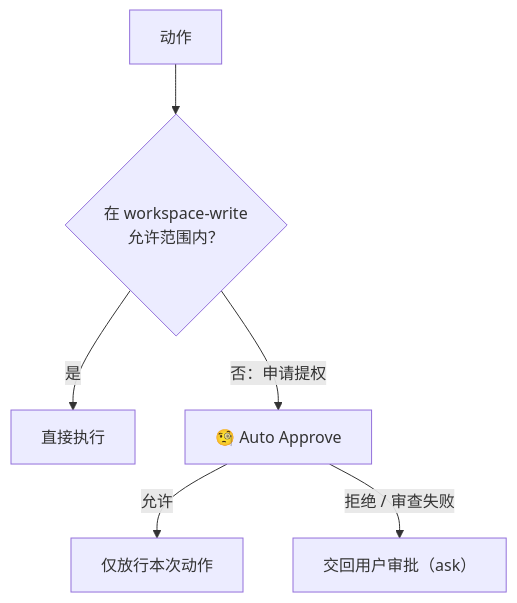
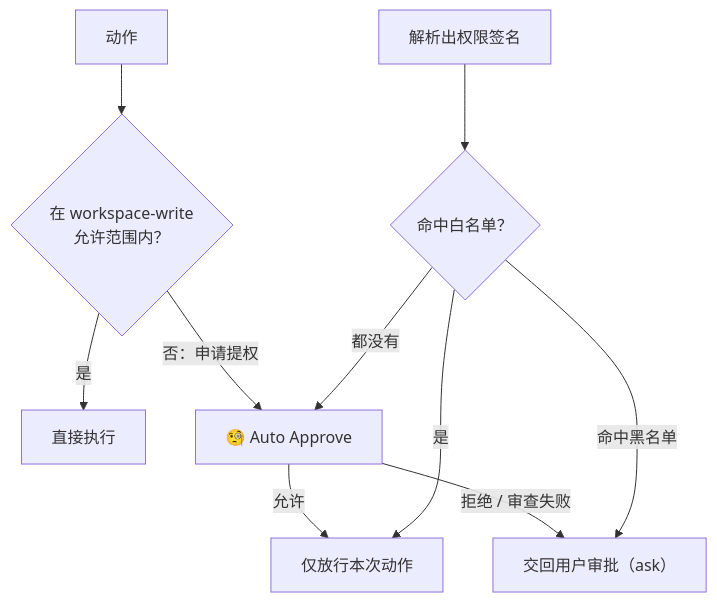
One commit to sujingkpo/dsh-auto-pass changed the diagram in README.zh.md. Above: the diagram before and after it, drawn with Mermaid. The commit also changed other lines of this file and 13 other files, not shown here.

````diff
--- a/README.zh.md
+++ b/README.zh.md
@@ -21,8 +23,12 @@
 ```mermaid
 flowchart TD
     action["动作"] --> sandbox{"在 workspace-write<br/>允许范围内？"}
     sandbox -- 是 --> execute["直接执行"]
     sandbox -- "否：申请提权" --> review["🧐 Auto Approve"]
     review -- 允许 --> approved["仅放行本次动作"]
     review -- "拒绝 / 审查失败" --> deferred["交回用户审批（ask）"]
+    exact["解析出权限签名"] --> lists{"命中白名单？"}
+    lists -- 是 --> approved
+    lists -- "命中黑名单" --> deferred
+    lists -- 都没有 --> review
 ```
````
